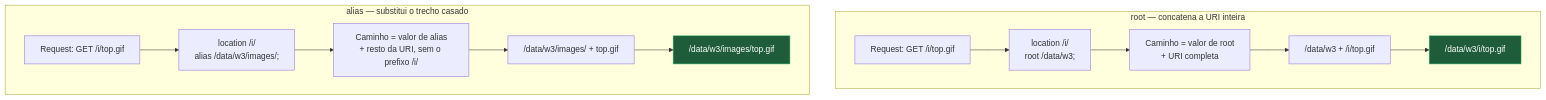
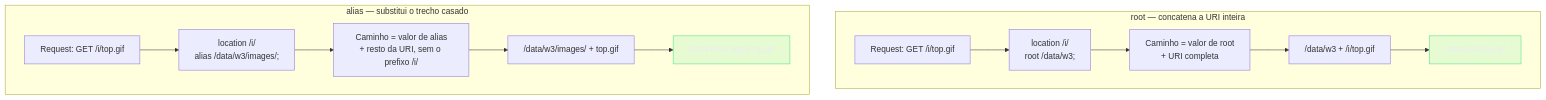
The diagram in 03-Dominios/Tecnologia/Infraestrutura/Nginx/06 - Servir arquivos estáticos.md (josenaldo/codex-technomanticus), drawn with Mermaid before and after one commit. The commit also changed 1181 other files, not shown here.

First line of the commit message:
fix(diagramas): paleta do sistema no lugar de cor cravada no markdown

````diff
--- a/03-Dominios/Tecnologia/Infraestrutura/Nginx/06 - Servir arquivos estáticos.md
+++ b/03-Dominios/Tecnologia/Infraestrutura/Nginx/06 - Servir arquivos estáticos.md
@@ -38,19 +38,20 @@
 ```mermaid
 graph TB
+    classDef ok fill:#4ADE8021,stroke:#4ADE80,color:#E9ECF2
     subgraph "root — concatena a URI inteira"
         R0["Request: GET /i/top.gif"] --> R1["location /i/<br/>root /data/w3;"]
         R1 --> R2["Caminho = valor de root<br/>+ URI completa"]
         R2 --> R3["/data/w3 + /i/top.gif"]
         R3 --> R4["/data/w3/i/top.gif"]
     end
 
     subgraph "alias — substitui o trecho casado"
         A0["Request: GET /i/top.gif"] --> A1["location /i/<br/>alias /data/w3/images/;"]
         A1 --> A2["Caminho = valor de alias<br/>+ resto da URI, sem o prefixo /i/"]
         A2 --> A3["/data/w3/images/ + top.gif"]
         A3 --> A4["/data/w3/images/top.gif"]
     end
 
-    style R4 fill:#1e5c3a,stroke:#27ae60,color:#fff
-    style A4 fill:#1e5c3a,stroke:#27ae60,color:#fff
+    class R4 ok
+    class A4 ok
 ```
````
